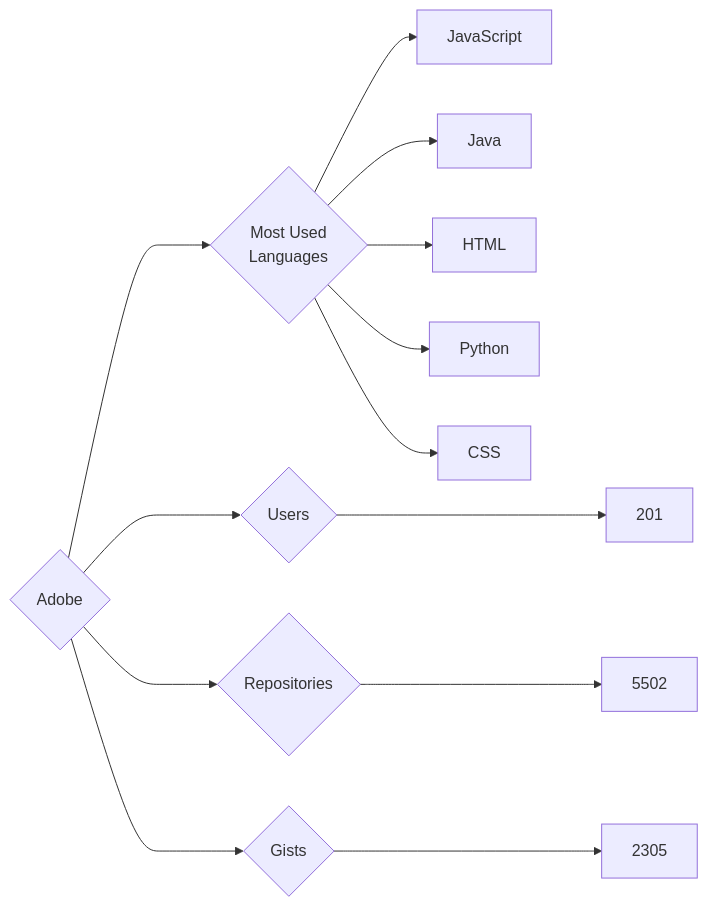
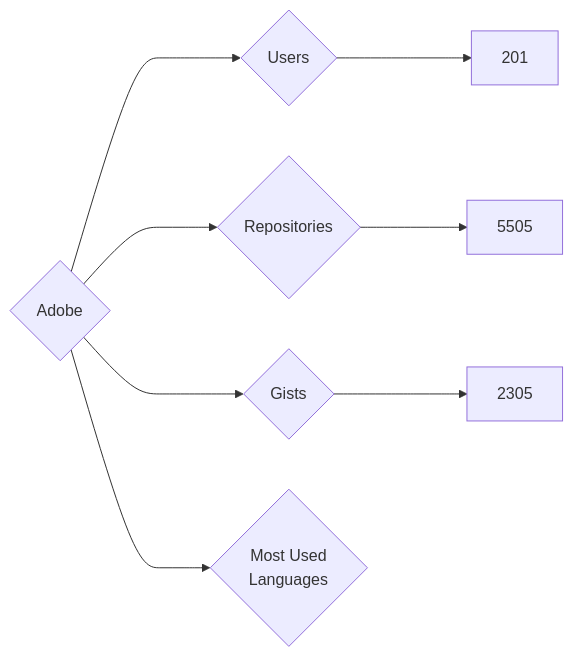
Before and after one commit to nenadzaric/insiders: the diagram in targets/Adobe/README.md, drawn with Mermaid. The commit also changed 14 other files, not shown here.

````diff
--- a/targets/Adobe/README.md
+++ b/targets/Adobe/README.md
@@ -3,13 +3,8 @@
 ```mermaid
 graph LR
 COMPANY_NAME{Adobe}
 COMPANY_NAME ---> U{Users} ---> UN[201]
-COMPANY_NAME ---> R{Repositories} ---> RN[5502]
+COMPANY_NAME ---> R{Repositories} ---> RN[5505]
 COMPANY_NAME ---> G{Gists} ---> GN[2305]
 COMPANY_NAME ---> ML{Most Used<br>Languages}
-ML --> JavaScript[JavaScript]
-ML --> Java[Java]
-ML --> HTML[HTML]
-ML --> Python[Python]
-ML --> CSS[CSS]
 ```
````
